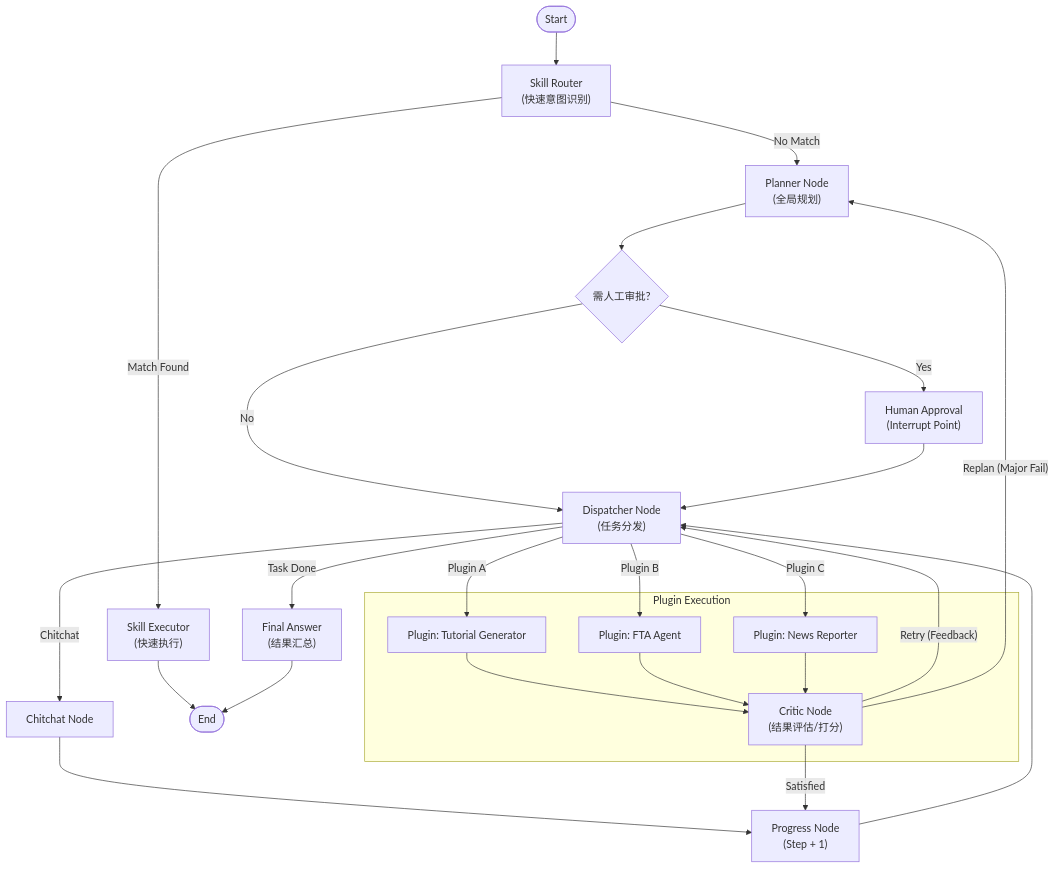
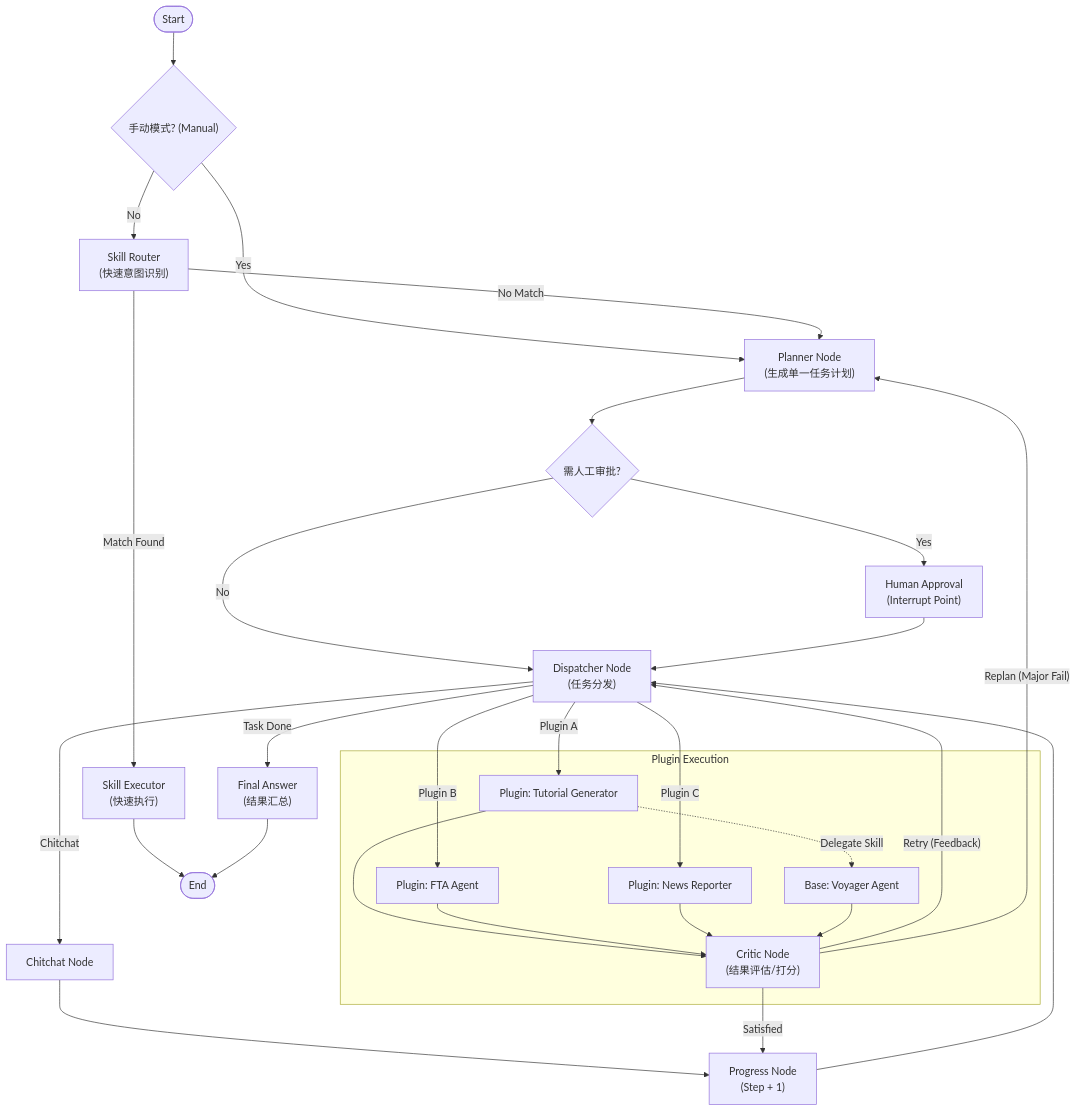
The diagram in README_zh.md (kelicblan/seerlord_ai), drawn with Mermaid before and after one commit. The commit also changed other lines of this file and 155 other files, not shown here.

````diff
--- a/README_zh.md
+++ b/README_zh.md
@@ -31,39 +36,44 @@
 ```mermaid
 graph TD
-    Start([Start]) --> SkillRouter["Skill Router<br/>(快速意图识别)"]
+    Start([Start]) --> CheckMode{"手动模式? (Manual)"}
+    
+    CheckMode -- Yes --> Planner["Planner Node<br/>(生成单一任务计划)"]
+    CheckMode -- No --> SkillRouter["Skill Router<br/>(快速意图识别)"]
     
     SkillRouter -->|"Match Found"| SkillExecutor["Skill Executor<br/>(快速执行)"]
     SkillExecutor --> End([End])
     
-    SkillRouter -->|"No Match"| Planner["Planner Node<br/>(全局规划)"]
+    SkillRouter -->|"No Match"| Planner
     
     Planner --> CheckApproval{"需人工审批?"}
     CheckApproval -- Yes --> HumanApproval["Human Approval<br/>(Interrupt Point)"]
     CheckApproval -- No --> Dispatcher
     
     HumanApproval --> Dispatcher["Dispatcher Node<br/>(任务分发)"]
     
     Dispatcher -->|"Task Done"| FinalAnswer["Final Answer<br/>(结果汇总)"]
     FinalAnswer --> End
     
     Dispatcher -->|Chitchat| ChitchatNode[Chitchat Node]
     ChitchatNode --> Progress
     
     Dispatcher -->|"Plugin A"| PluginA[Plugin: Tutorial Generator]
     Dispatcher -->|"Plugin B"| PluginB[Plugin: FTA Agent]
     Dispatcher -->|"Plugin C"| PluginC[Plugin: News Reporter]
     
     subgraph PluginExecution ["Plugin Execution"]
+        PluginA -.->|Delegate Skill| Voyager[Base: Voyager Agent]
         PluginA --> Critic
         PluginB --> Critic
         PluginC --> Critic
+        Voyager --> Critic
     end
     
     Critic["Critic Node<br/>(结果评估/打分)"]
     
     Critic -->|Satisfied| Progress["Progress Node<br/>(Step + 1)"]
     Critic -->|"Retry (Feedback)"| Dispatcher
     Critic -->|"Replan (Major Fail)"| Planner
     
     Progress --> Dispatcher
 ```
````
